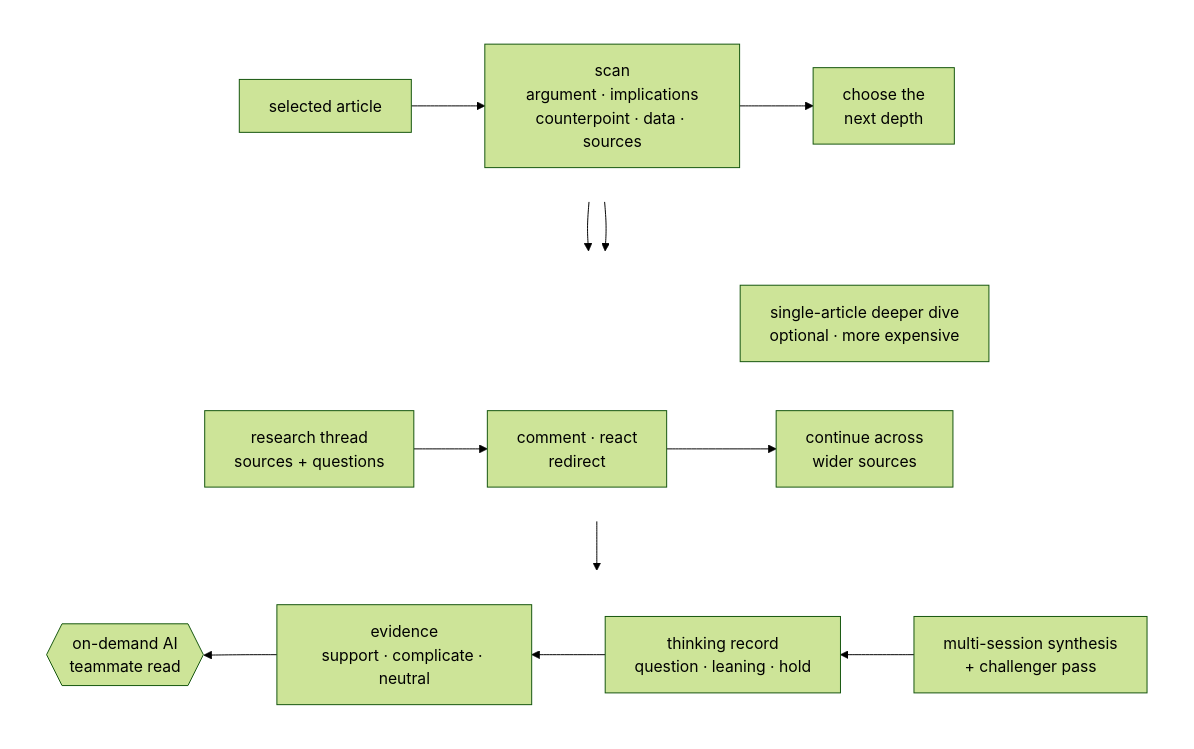
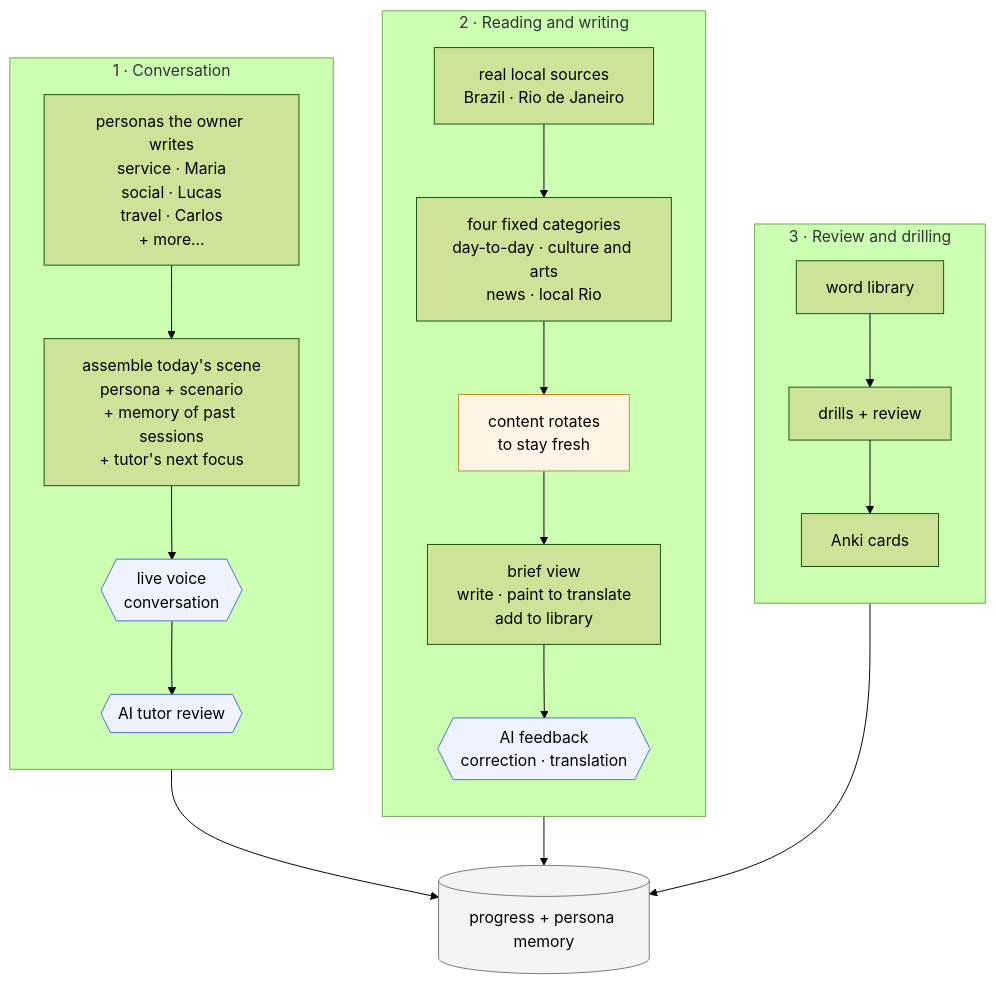
Before and after one commit to robertvanstedum/personal-ai-agents: the seventh of 13 diagrams in ARCHITECTURE.md, drawn with Mermaid (forest theme). The commit also changed other lines of this file and 9 other files, not shown here.

First line of the commit message:
Key docs for mini-moi 1.2 beta: README, ARCHITECTURE and a terms appendix

````diff
--- a/ARCHITECTURE.md
+++ b/ARCHITECTURE.md
@@ -307,30 +795,33 @@
 ```mermaid
 flowchart TB
-    subgraph TOP[" "]
-        direction LR
-        A[selected article] --> S["scan<br/>argument · implications<br/>counterpoint · data · sources"]
-        S --> N[choose the<br/>next depth]
+    subgraph C3 [3 · Review and drilling]
+        direction TB
+        L[word library] --> X[drills + review] --> K[Anki cards]
     end
-
-    subgraph PATHS[" "]
-        direction LR
-        O["single-article deeper dive<br/>optional · more expensive"]
-        T["research thread<br/>sources + questions"] --> R[comment · react<br/>redirect]
-        R --> W[continue across<br/>wider sources]
+    subgraph C2 [2 · Reading and writing]
+        direction TB
+        R[real local sources<br/>Brazil · Rio de Janeiro]
+        C[four fixed categories<br/>day-to-day · culture and arts<br/>news · local Rio]
+        F[content rotates<br/>to stay fresh]
+        V[brief view<br/>write · paint to translate<br/>add to library]
+        T{{AI feedback<br/>correction · translation}}
+        R --> C --> F --> V --> T
     end
-
-    subgraph RECORD[" "]
-        direction RL
-        DD["multi-session synthesis<br/>+ challenger pass"] --> L["thinking record<br/>question · leaning · hold"]
-        L --> E["evidence<br/>support · complicate · neutral"]
-        E --> TR{{on-demand AI<br/>teammate read}}
+    subgraph C1 [1 · Conversation]
+        direction TB
+        P[personas the owner writes<br/>service · Maria<br/>social · Lucas<br/>travel · Carlos<br/>+ more…]
+        S[assemble today's scene<br/>persona + scenario<br/>+ memory of past sessions<br/>+ tutor's next focus]
+        B{{live voice<br/>conversation}}
+        D{{AI tutor review}}
+        P --> S --> B --> D
     end
-
-    N --> O
-    N --> T
-    W --> DD
-
-    style TOP fill:transparent,stroke:transparent
-    style PATHS fill:transparent,stroke:transparent
-    style RECORD fill:transparent,stroke:transparent
+    D --> E[(progress + persona memory)]
+    T --> E
+    K --> E
+    class B,D,T ai
+    class E store
+    class F wide
+    classDef ai fill:#eef3ff,stroke:#4a6fd1
+    classDef store fill:#f4f4f4,stroke:#777
+    classDef wide fill:#fff4e5,stroke:#c98a2b
 ```
````
